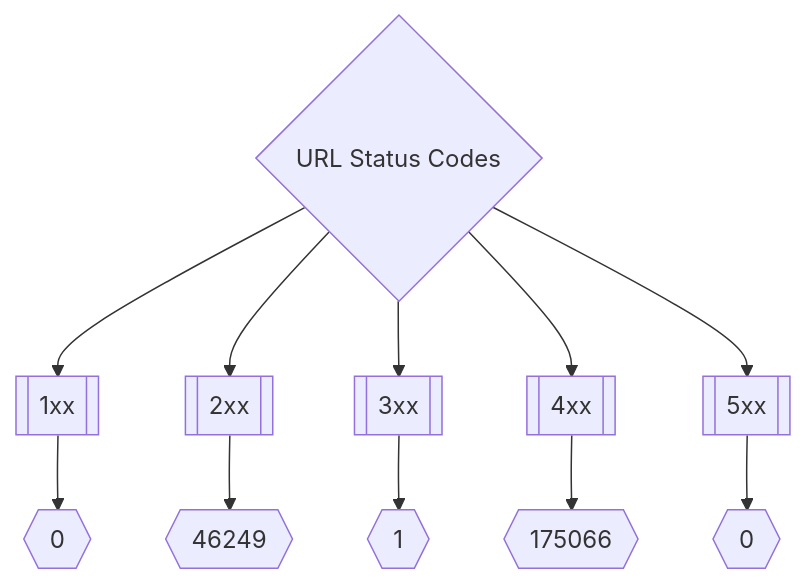
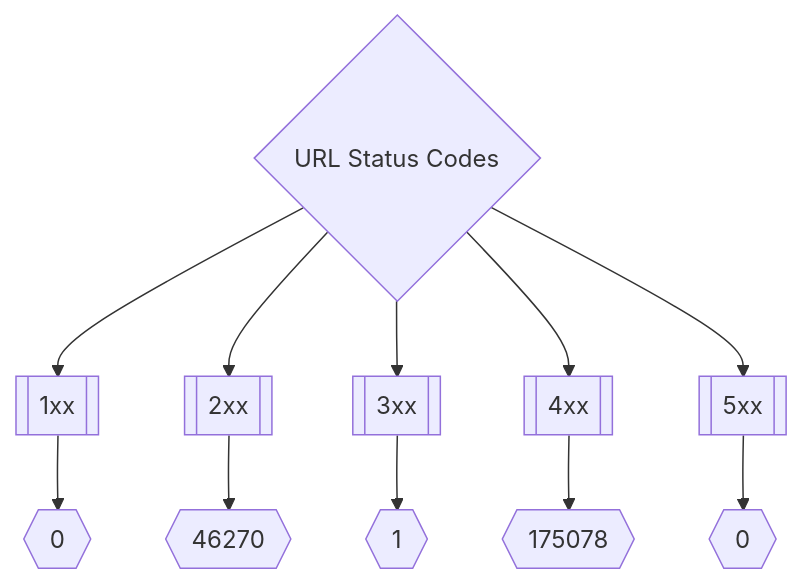
Before and after one commit to trickest/inventory: the second of 3 diagrams in README.md, drawn with Mermaid. The commit also changed other lines of this file, not shown here.

Commit message:
Update Tue Mar 29 11:55:40 UTC 2022

````diff
--- a/README.md
+++ b/README.md
@@ -173,8 +173,8 @@
 ```mermaid
 graph TD
 title{URL Status Codes} --> 1xx[[1xx]] --> status1xxNum{{0}}
-title --> 2xx[[2xx]] --> status2xxNum{{46249}}
+title --> 2xx[[2xx]] --> status2xxNum{{46270}}
 title --> 3xx[[3xx]] --> status3xxNum{{1}}
-title --> 4xx[[4xx]] --> status4xxNum{{175066}}
+title --> 4xx[[4xx]] --> status4xxNum{{175078}}
 title --> 5xx[[5xx]] --> status5xxNum{{0}}
 ```
````
